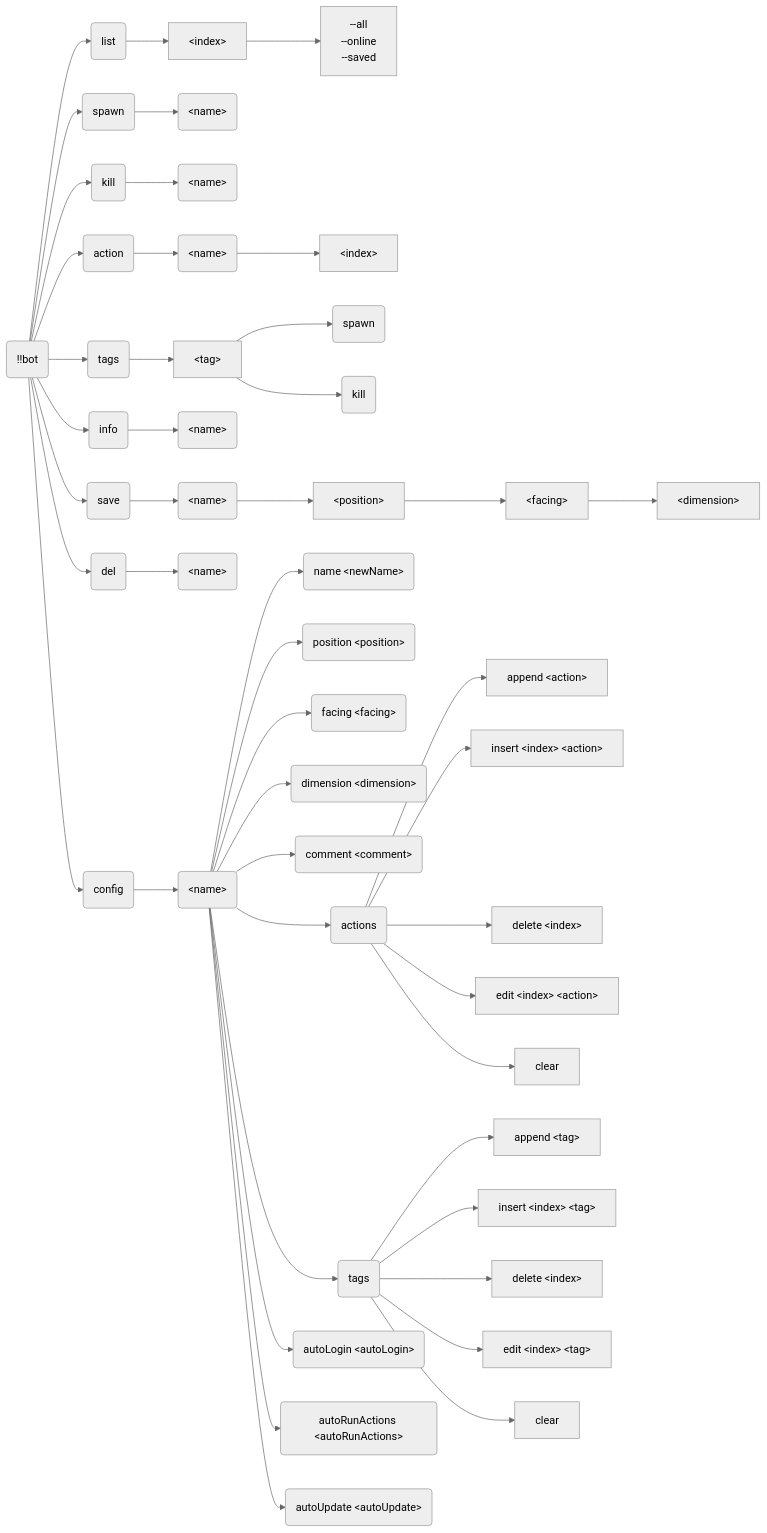
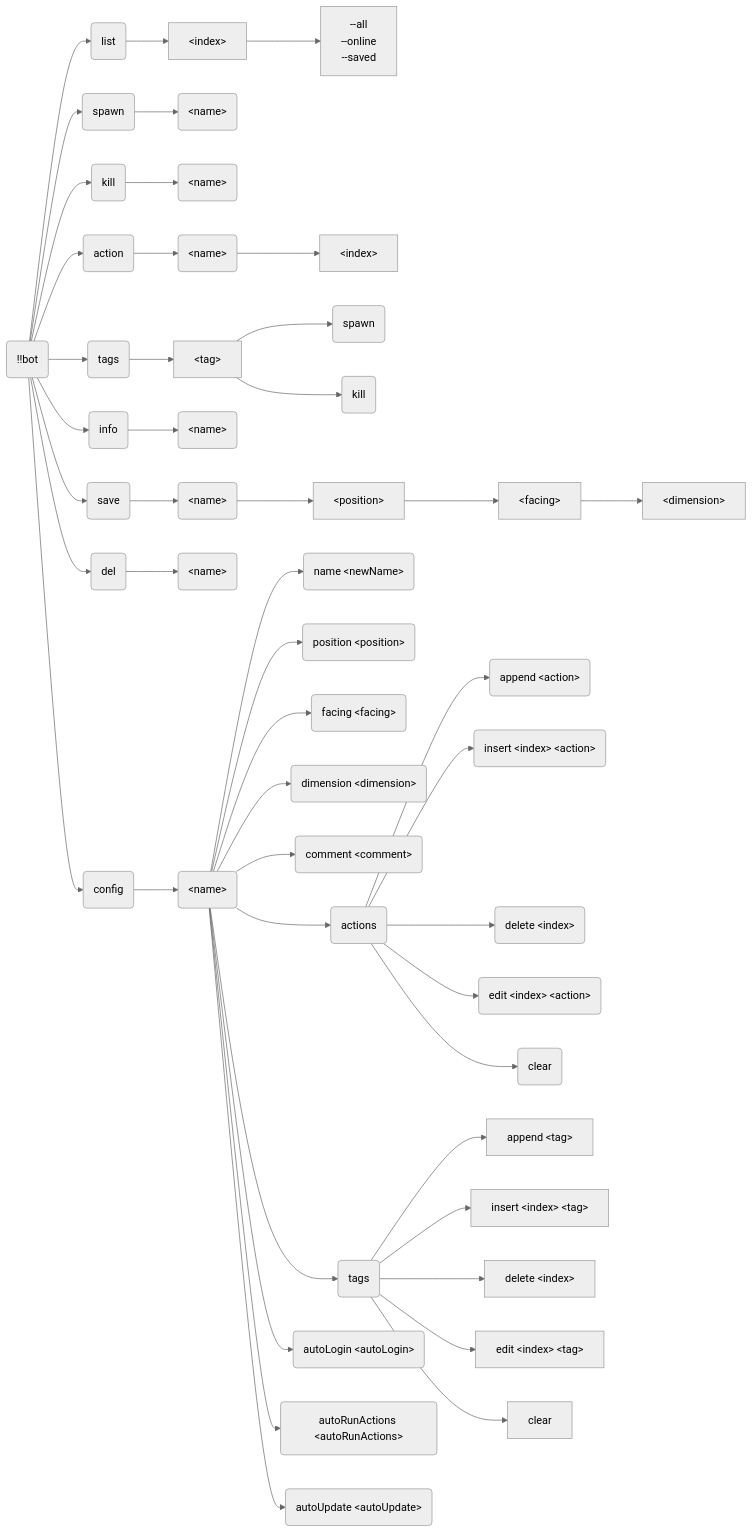
The fourth of 4 diagrams in bot/readme.md (AnzhiZhang/MCDReforgedPlugins), drawn with Mermaid (neutral theme) before and after one commit. The commit also changed 1 other file, not shown here.

Commit message:
docs(bot): 📝 update full command tree

````diff
--- a/bot/readme.md
+++ b/bot/readme.md
@@ -130,64 +130,64 @@
 ```mermaid
 flowchart LR
     start(!!bot)
 
     start --> list(list)
     list --> list_index["&lt;index&gt;"]
     list_index --> list_index_arg["
         --all
         --online
         --saved
     "]
 
     start --> spawn(spawn)
     spawn --> spawn_name("&lt;name&gt;")
 
     start --> kill(kill)
     kill --> kill_name("&lt;name&gt;")
 
     start --> action(action)
     action --> action_name("&lt;name&gt;")
     action_name --> action_name_index["&lt;index&gt;"]
 
     start --> tags(tags)
     tags --> tags_tag["&lt;tag&gt;"]
     tags_tag --> tags_tag_spawn(spawn)
     tags_tag --> tags_tag_kill(kill)
 
     start --> info(info)
     info --> info_name("&lt;name&gt;")
 
     start --> save(save)
     save --> save_name("&lt;name&gt;")
     save_name --> save_name_position["&lt;position&gt;"]
     save_name_position --> save_name_position_facing["&lt;facing&gt;"]
     save_name_position_facing --> save_name_position_facing_dimension["&lt;dimension&gt;"]
 
     start --> del(del)
     del --> del_name("&lt;name&gt;")
 
     start --> config(config)
     config --> config_name("&lt;name&gt;")
     config_name --> config_name_name("name &lt;newName&gt;")
     config_name --> config_name_position("position &lt;position&gt;")
     config_name --> config_name_facing("facing &lt;facing&gt;")
     config_name --> config_name_dimension("dimension &lt;dimension&gt;")
     config_name --> config_name_comment("comment &lt;comment&gt;")
     config_name --> config_name_actions(actions)
     config_name --> config_name_tags(tags)
     config_name --> config_name_autoLogin("autoLogin &lt;autoLogin&gt;")
     config_name --> config_name_autoRunActions("autoRunActions &lt;autoRunActions&gt;")
     config_name --> config_name_autoUpdate("autoUpdate &lt;autoUpdate&gt;")
 
-    config_name_actions --> config_name_actions_append["append &lt;action&gt;"]
-    config_name_actions --> config_name_actions_insert["insert &lt;index&gt; &lt;action&gt;"]
-    config_name_actions --> config_name_actions_delete["delete &lt;index&gt"]
-    config_name_actions --> config_name_actions_edit["edit &lt;index&gt; &lt;action&gt;"]
-    config_name_actions --> config_name_actions_clear[clear]
+    config_name_actions --> config_name_actions_append("append &lt;action&gt;")
+    config_name_actions --> config_name_actions_insert("insert &lt;index&gt; &lt;action&gt;")
+    config_name_actions --> config_name_actions_delete("delete &lt;index&gt")
+    config_name_actions --> config_name_actions_edit("edit &lt;index&gt; &lt;action&gt;")
+    config_name_actions --> config_name_actions_clear(clear)
 
     config_name_tags --> config_name_tags_append["append &lt;tag&gt;"]
     config_name_tags --> config_name_tags_insert["insert &lt;index&gt; &lt;tag&gt;"]
     config_name_tags --> config_name_tags_delete["delete &lt;index&gt"]
     config_name_tags --> config_name_tags_edit["edit &lt;index&gt; &lt;tag&gt;"]
     config_name_tags --> config_name_tags_clear[clear]
 ```
````
